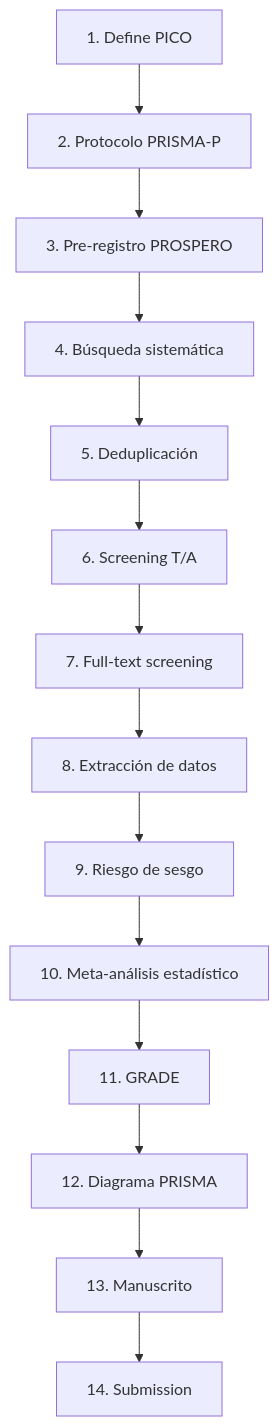
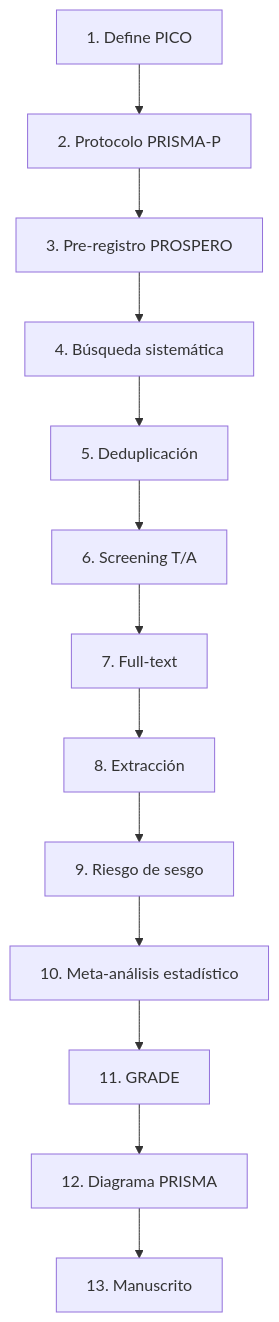
Before and after one commit to Alessatabares/metanalysis-optimization: the diagram in README.md, drawn with Mermaid. The commit also changed other lines of this file and 14 other files, not shown here.

````diff
--- a/README.md
+++ b/README.md
@@ -59,16 +63,15 @@
 ```mermaid
 flowchart TD
     A[1. Define PICO] --> B[2. Protocolo PRISMA-P]
     B --> C[3. Pre-registro PROSPERO]
     C --> D[4. Búsqueda sistemática]
     D --> E[5. Deduplicación]
     E --> F[6. Screening T/A]
-    F --> G[7. Full-text screening]
-    G --> H[8. Extracción de datos]
+    F --> G[7. Full-text]
+    G --> H[8. Extracción]
     H --> I[9. Riesgo de sesgo]
     I --> J[10. Meta-análisis estadístico]
     J --> K[11. GRADE]
     K --> L[12. Diagrama PRISMA]
     L --> M[13. Manuscrito]
-    M --> N[14. Submission]
 ```
````
